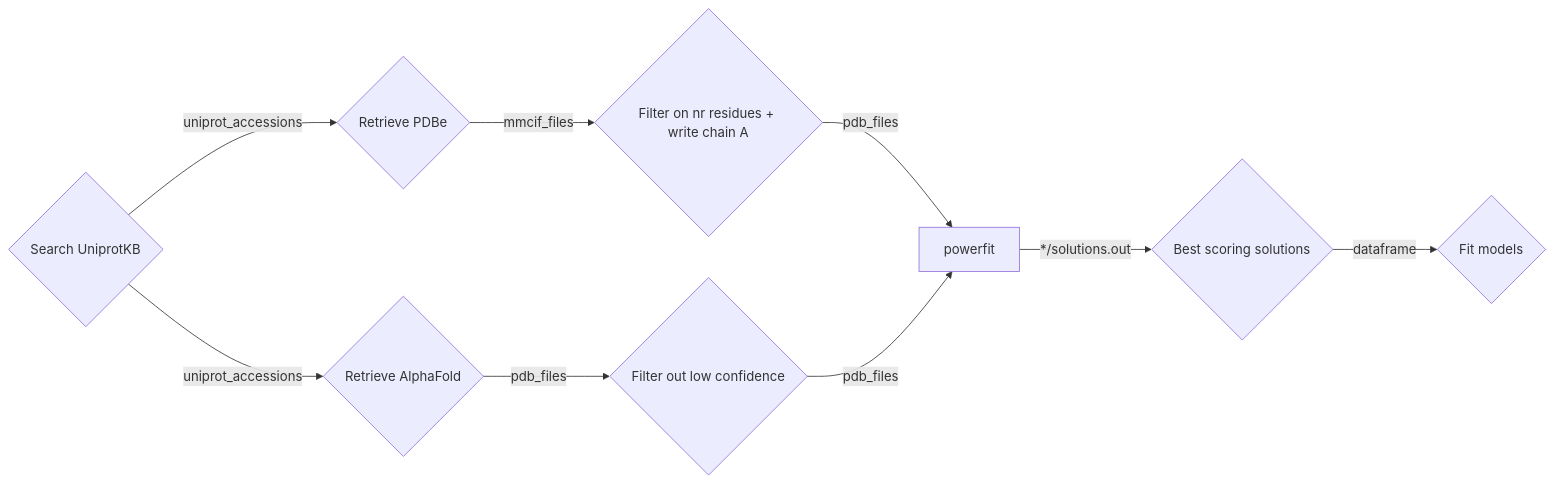
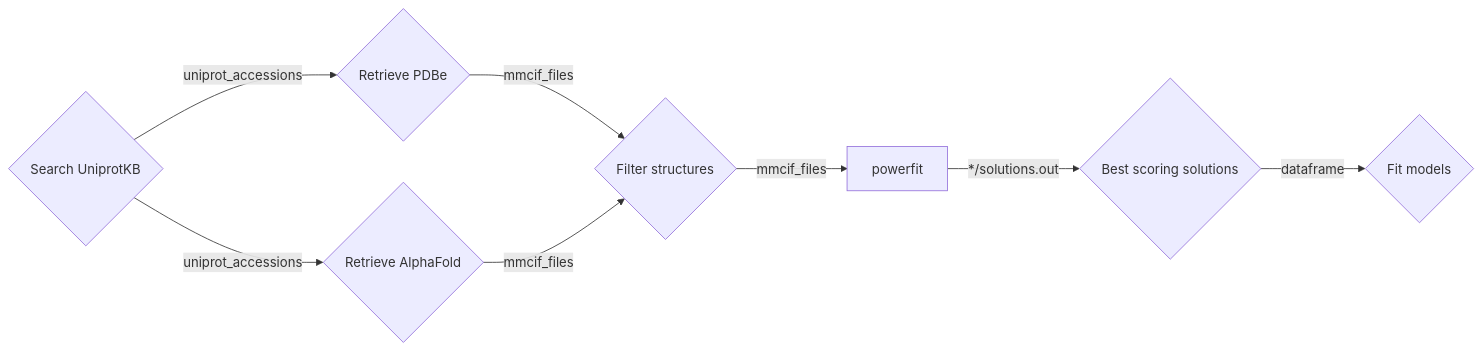
One commit to haddocking/protein-detective changed the diagram in README.md. Above: the diagram before and after it, drawn with Mermaid. The commit also changed other lines of this file and 3 other files, not shown here.

````diff
--- a/README.md
+++ b/README.md
@@ -18,11 +18,10 @@
 ```mermaid
 graph LR;
     search{Search UniprotKB} --> |uniprot_accessions|fetchpdbe{Retrieve PDBe}
     search{Search UniprotKB} --> |uniprot_accessions|fetchad{Retrieve AlphaFold}
-    fetchpdbe -->|mmcif_files| residuefilter{Filter on nr residues + write chain A}
-    fetchad -->|pdb_files| densityfilter{Filter out low confidence}
-    residuefilter -->|pdb_files| powerfit
-    densityfilter -->|pdb_files| powerfit
+    fetchpdbe -->|mmcif_files| filter{Filter structures}
+    fetchad -->|mmcif_files| filter
+    filter -->|mmcif_files| powerfit
     powerfit -->|*/solutions.out| solutions{Best scoring solutions}
     solutions -->|dataframe| fitmodels{Fit models}
 ```
````
